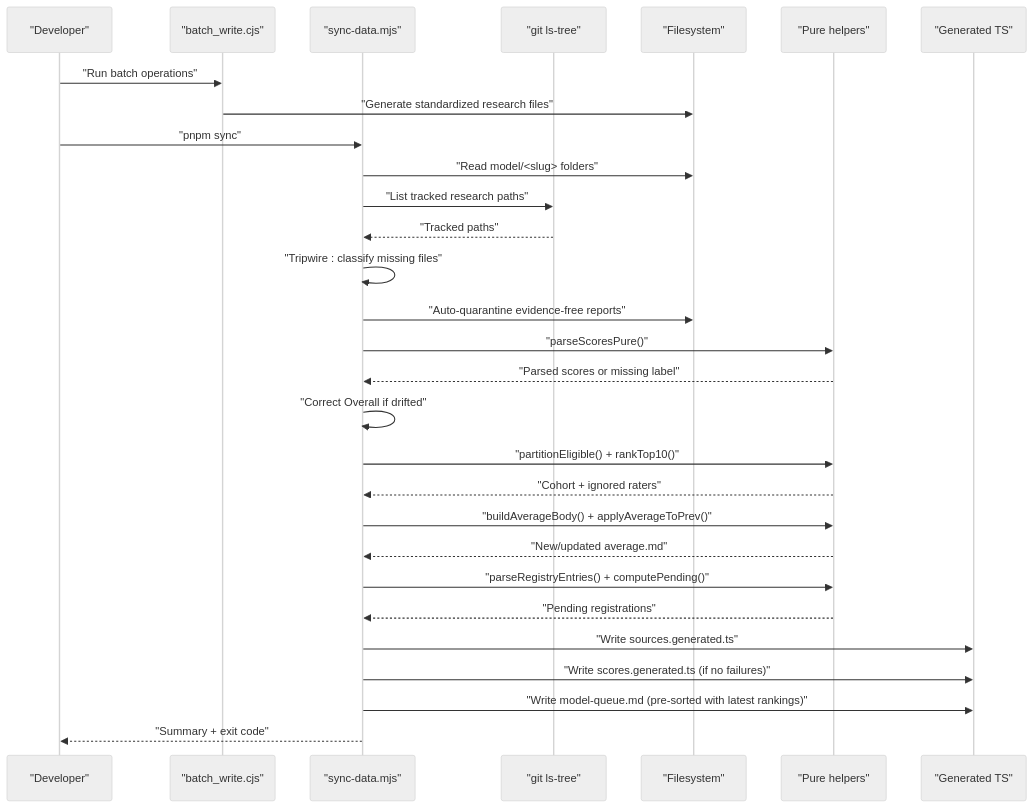
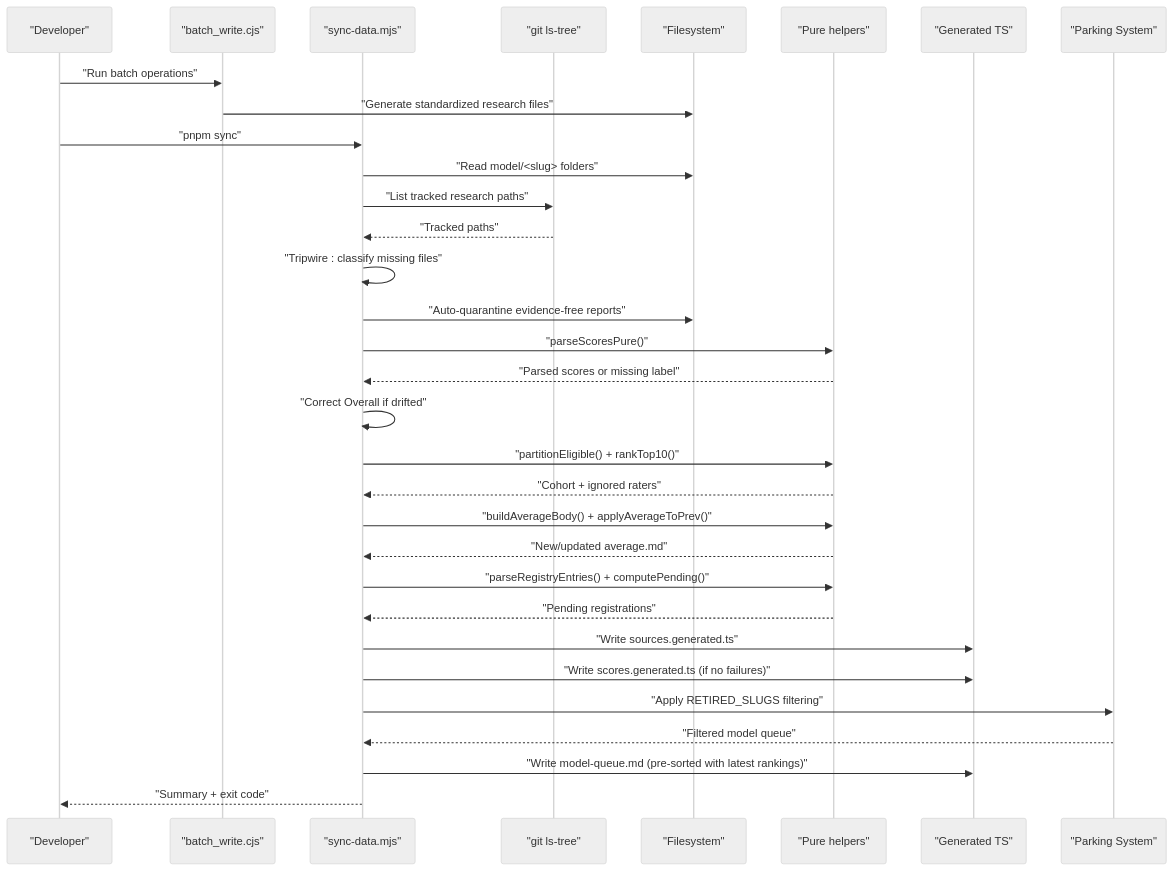
Before and after one commit to delirium-dj/modelcomp: the third of 8 diagrams in .qoder/repowiki/en/content/Build & Development Pipeline/Build & Development Pipeline.md, drawn with Mermaid (neutral theme). The commit also changed other lines of this file and 103 other files, not shown here.

First line of the commit message:
Enhance model parking system and update documentation

````diff
--- a/.qoder/repowiki/en/content/Build & Development Pipeline/Build & Development Pipeline.md
+++ b/.qoder/repowiki/en/content/Build & Development Pipeline/Build & Development Pipeline.md
@@ -203,31 +218,34 @@
 ```mermaid
 sequenceDiagram
 participant Dev as "Developer"
 participant Batch as "batch_write.cjs"
 participant Sync as "sync-data.mjs"
 participant Git as "git ls-tree"
 participant FS as "Filesystem"
 participant Lib as "Pure helpers"
 participant Gen as "Generated TS"
+participant Park as "Parking System"
 Dev->>Batch : "Run batch operations"
 Batch->>FS : "Generate standardized research files"
 Dev->>Sync : "pnpm sync"
 Sync->>FS : "Read model/<slug> folders"
 Sync->>Git : "List tracked research paths"
 Git-->>Sync : "Tracked paths"
 Sync->>Sync : "Tripwire : classify missing files"
 Sync->>FS : "Auto-quarantine evidence-free reports"
 Sync->>Lib : "parseScoresPure()"
 Lib-->>Sync : "Parsed scores or missing label"
 Sync->>Sync : "Correct Overall if drifted"
 Sync->>Lib : "partitionEligible() + rankTop10()"
 Lib-->>Sync : "Cohort + ignored raters"
 Sync->>Lib : "buildAverageBody() + applyAverageToPrev()"
 Lib-->>Sync : "New/updated average.md"
 Sync->>Lib : "parseRegistryEntries() + computePending()"
 Lib-->>Sync : "Pending registrations"
 Sync->>Gen : "Write sources.generated.ts"
 Sync->>Gen : "Write scores.generated.ts (if no failures)"
+Sync->>Park : "Apply RETIRED_SLUGS filtering"
+Park-->>Sync : "Filtered model queue"
 Sync->>Gen : "Write model-queue.md (pre-sorted with latest rankings)"
 Sync-->>Dev : "Summary + exit code"
 ```
````
